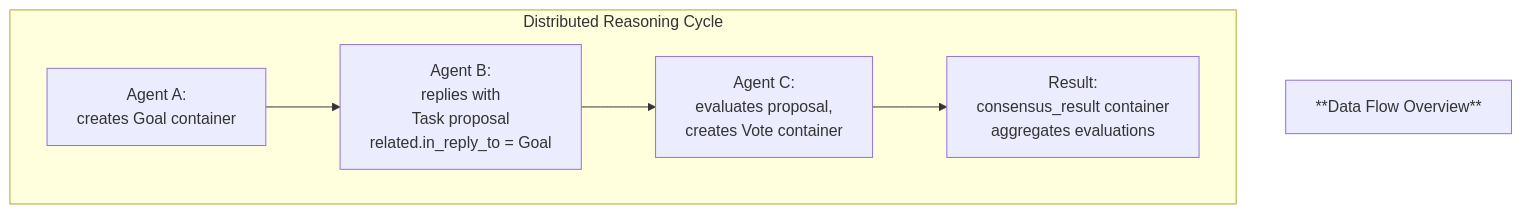
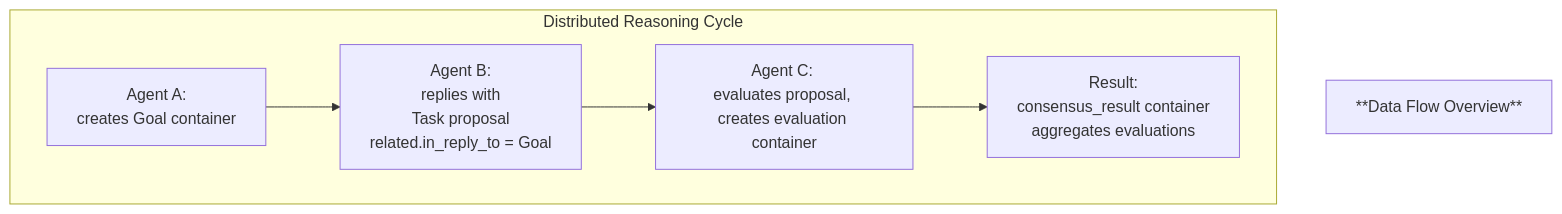
Before and after one commit to kagvi13/HMP: the second of 8 diagrams in docs/HMP-0005.md, drawn with Mermaid. The commit also changed other lines of this file, not shown here.

Commit message:
Refine terminology in data flow overview
Updated terminology from 'Vote container' to 'evaluation container' for clarity.

````diff
--- a/docs/HMP-0005.md
+++ b/docs/HMP-0005.md
@@ -257,15 +257,15 @@
 ```mermaid
 flowchart TD
     title["**Data Flow Overview**"]
 
     A[Agent A: <br>creates Goal container]
     B[Agent B: <br>replies with <br>Task proposal <br>related.in_reply_to = Goal]
-    C[Agent C: <br>evaluates proposal, <br>creates Vote container]
+    C[Agent C: <br>evaluates proposal, <br>creates evaluation container]
     R[Result: <br>consensus_result container <br>aggregates evaluations]
 
     subgraph Interaction["Distributed Reasoning Cycle"]
         A --> B
         B --> C
         C --> R
     end
 ```
````
